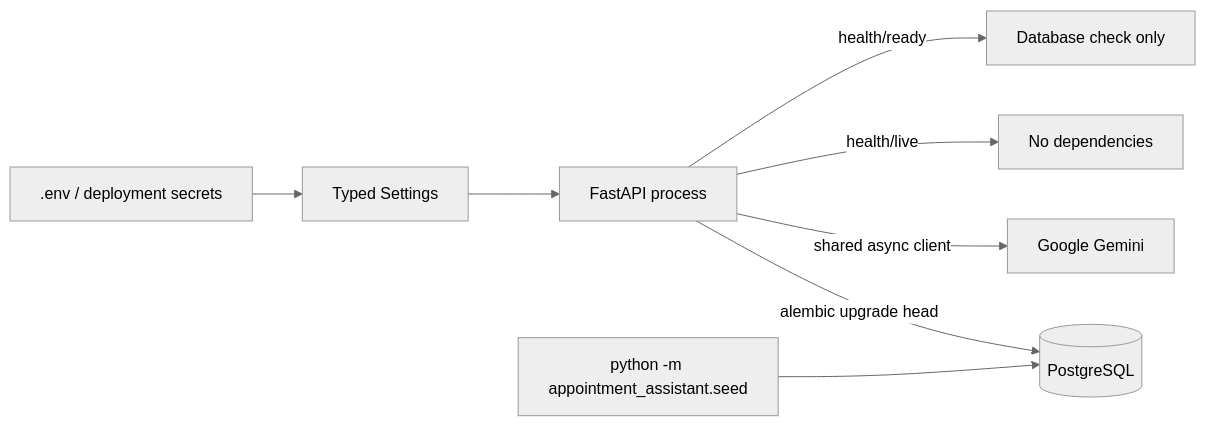
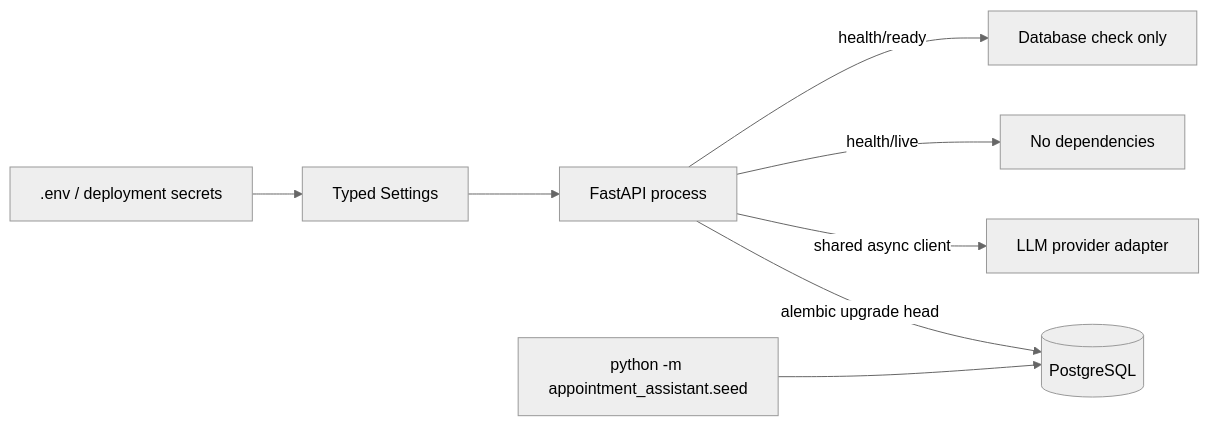
The sixth of 6 diagrams in docs/architecture.md (alazark777/booking-assist), drawn with Mermaid (neutral theme) before and after one commit. The commit also changed other lines of this file and 5 other files, not shown here.

````diff
--- a/docs/architecture.md
+++ b/docs/architecture.md
@@ -190,10 +191,10 @@
 ```mermaid
 flowchart LR
     ENV[.env / deployment secrets] --> SETTINGS[Typed Settings]
     SETTINGS --> API[FastAPI process]
     API -->|alembic upgrade head| DB[(PostgreSQL)]
-    API -->|shared async client| GEM[Google Gemini]
+    API -->|shared async client| LLM[LLM provider adapter]
     API -->|health/live| LIVE[No dependencies]
     API -->|health/ready| READY[Database check only]
     SEED[python -m appointment_assistant.seed] --> DB
 ```
````
